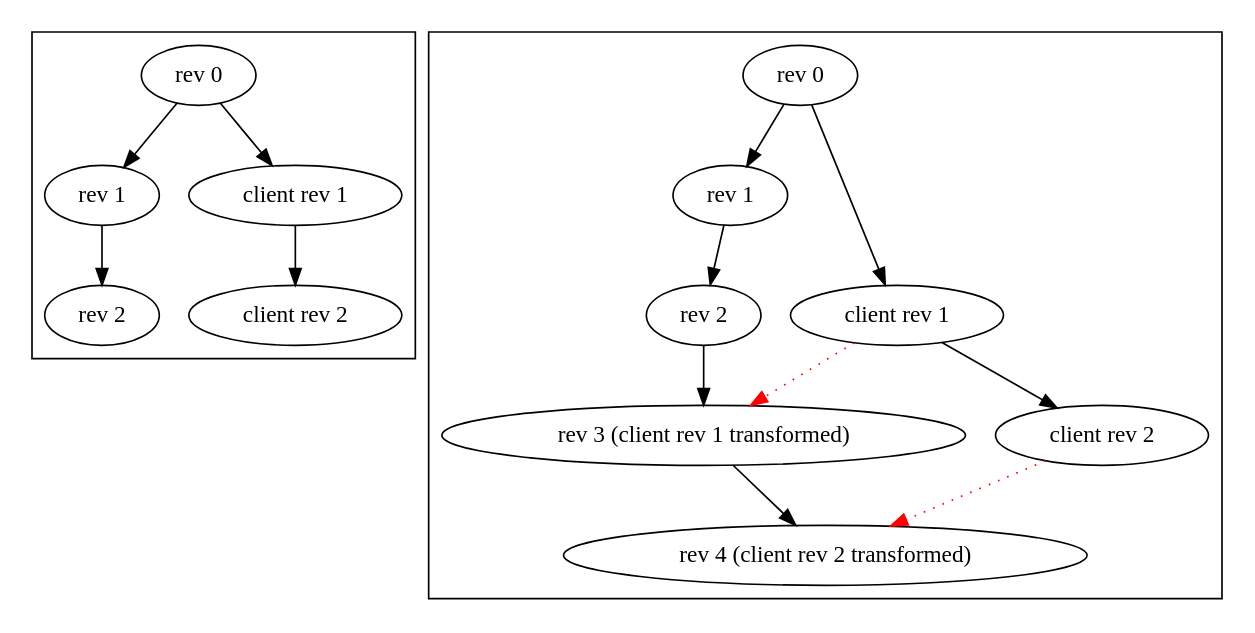
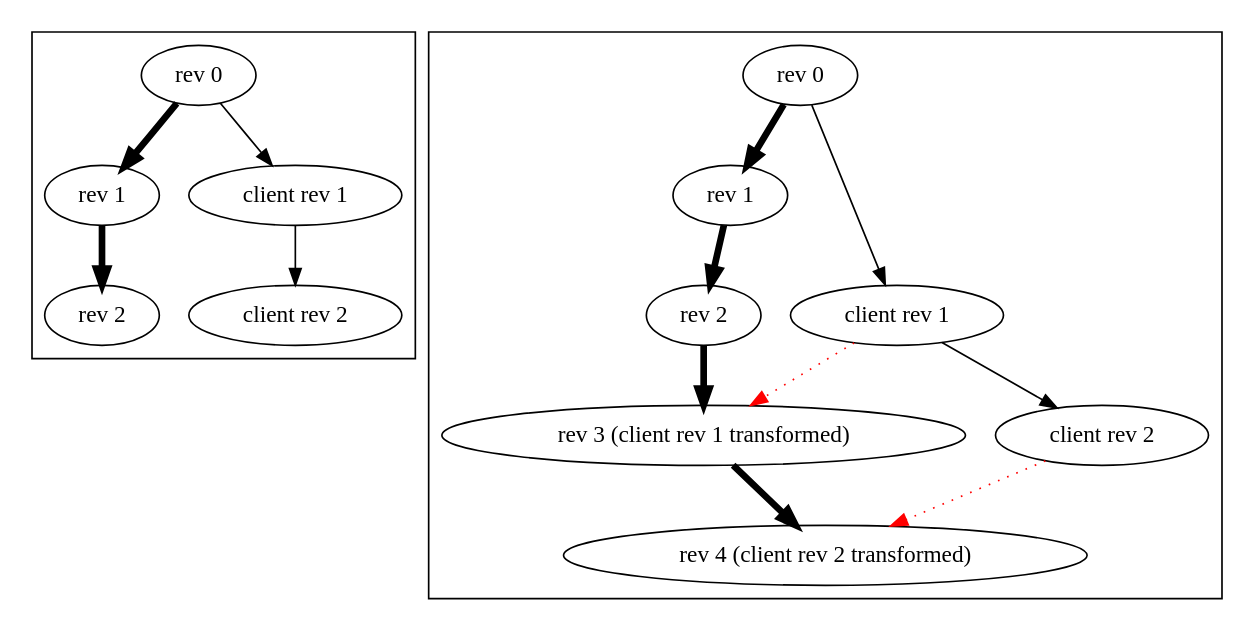
The diagram in doc/merge.dot (kindone/text-versioncontrol), drawn with Graphviz before and after one commit. The commit also changed 8 other files, not shown here.

```diff
--- a/doc/merge.dot
+++ b/doc/merge.dot
@@ -1,30 +1,30 @@
 digraph merge {
 
   subgraph cluster_0 {
     b_rev0 [label="rev 0"]
     b_rev1 [label="rev 1"]
     b_rev2 [label="rev 2"]
     b_client1 [label="client rev 1"]
     b_client2 [label="client rev 2"]
 
-    b_rev0 -> b_rev1 -> b_rev2
+    b_rev0 -> b_rev1 -> b_rev2 [penwidth=4]
     b_rev0 -> b_client1 -> b_client2
   }
 
   subgraph cluster_1 {
     rev0 [label="rev 0"]
     rev1 [label="rev 1"]
     rev2 [label="rev 2"]
     client1 [label="client rev 1"]
     client2 [label="client rev 2"]
     client1_ [label="rev 3 (client rev 1 transformed)"]
     client2_ [label="rev 4 (client rev 2 transformed)"]
 
-    rev0 -> rev1 -> rev2
-    rev2 -> client1_ -> client2_
+    rev0 -> rev1 -> rev2 [penwidth=4]
+    rev2 -> client1_ -> client2_ [penwidth=4]
     rev0 -> client1 -> client2
     client1 -> client1_ [style="dotted", color=red]
     client2 -> client2_ [style="dotted", color=red]
   }
   
 }
```
